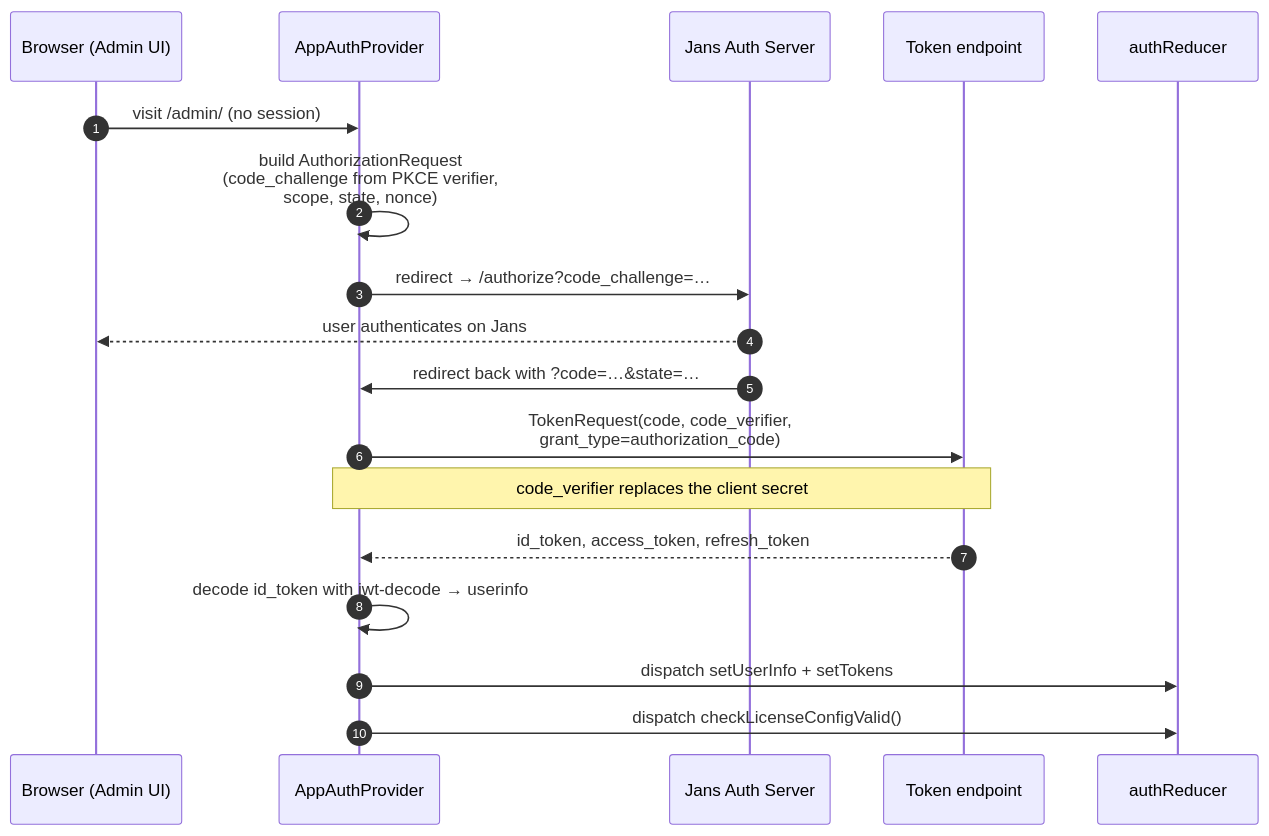
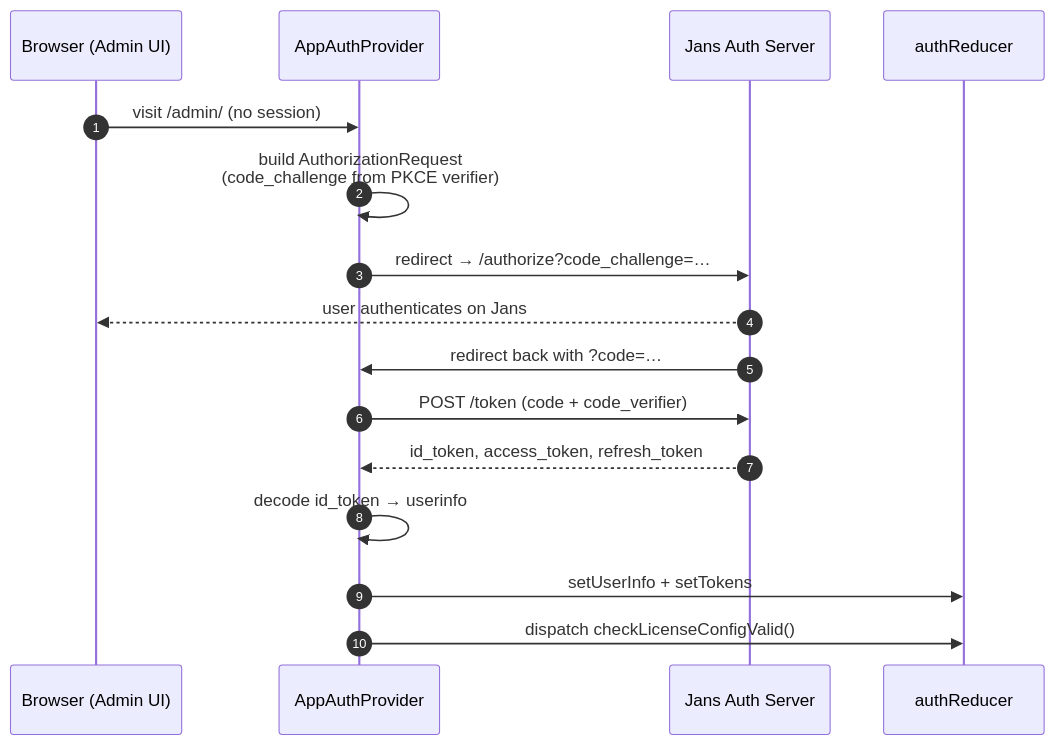
Before and after one commit to GluuFederation/flex: the first of 3 diagrams in admin-ui/docs/auth.md, drawn with Mermaid. The commit also changed other lines of this file and 10 other files, not shown here.

````diff
--- a/admin-ui/docs/auth.md
+++ b/admin-ui/docs/auth.md
@@ -32,21 +25,19 @@
 ```mermaid
 sequenceDiagram
     autonumber
     participant Browser as Browser (Admin UI)
     participant Provider as AppAuthProvider
     participant Jans as Jans Auth Server
-    participant Token as Token endpoint
     participant Redux as authReducer
 
     Browser->>Provider: visit /admin/ (no session)
-    Provider->>Provider: build AuthorizationRequest<br/>(code_challenge from PKCE verifier,<br/>scope, state, nonce)
+    Provider->>Provider: build AuthorizationRequest<br/>(code_challenge from PKCE verifier)
     Provider->>Jans: redirect → /authorize?code_challenge=…
     Jans-->>Browser: user authenticates on Jans
-    Jans->>Provider: redirect back with ?code=…&state=…
-    Provider->>Token: TokenRequest(code, code_verifier,<br/>grant_type=authorization_code)
-    Note over Provider,Token: code_verifier replaces the client secret
-    Token-->>Provider: id_token, access_token, refresh_token
-    Provider->>Provider: decode id_token with jwt-decode → userinfo
-    Provider->>Redux: dispatch setUserInfo + setTokens
+    Jans->>Provider: redirect back with ?code=…
+    Provider->>Jans: POST /token (code + code_verifier)
+    Jans-->>Provider: id_token, access_token, refresh_token
+    Provider->>Provider: decode id_token → userinfo
+    Provider->>Redux: setUserInfo + setTokens
     Provider->>Redux: dispatch checkLicenseConfigValid()
 ```
````
